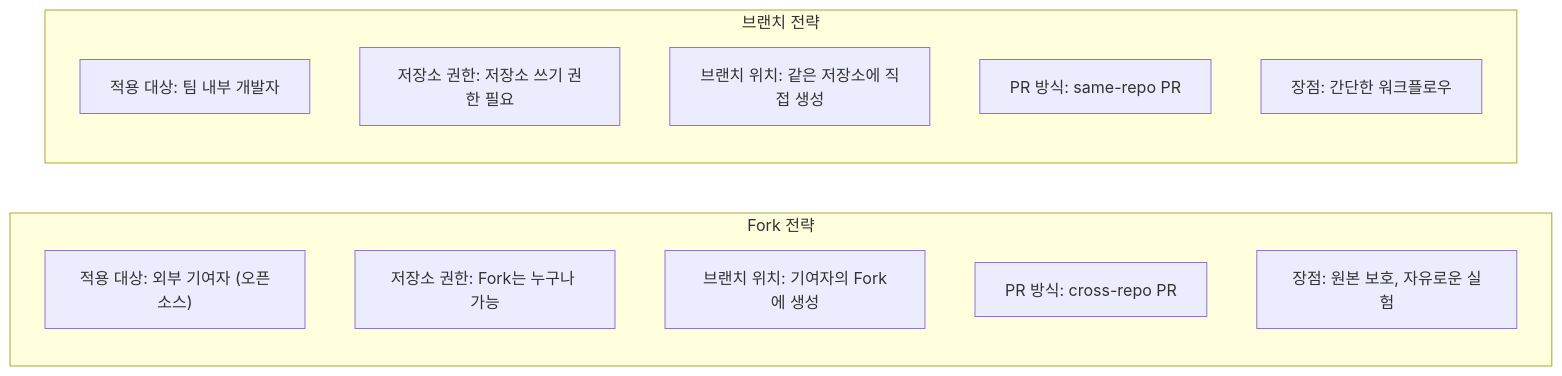
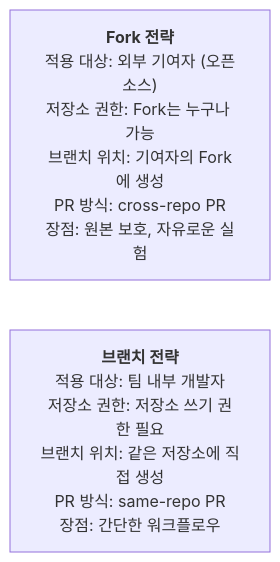
Before and after one commit to jingu279/Document: the second of 2 diagrams in 06_GitHub/04_Fork_and_Contribute.md, drawn with Mermaid. The commit also changed other lines of this file and 16 other files, not shown here.

Commit message:
Fix all Mermaid rendering issues (subgraph-to-subgraph, unconnected nodes, reserved names, dashes)

````diff
--- a/06_GitHub/04_Fork_and_Contribute.md
+++ b/06_GitHub/04_Fork_and_Contribute.md
@@ -125,17 +125,5 @@
 ```mermaid
 flowchart LR
-  subgraph Fork["Fork 전략"]
-    F1["적용 대상: 외부 기여자 (오픈소스)"]
-    F2["저장소 권한: Fork는 누구나 가능"]
-    F3["브랜치 위치: 기여자의 Fork에 생성"]
-    F4["PR 방식: cross-repo PR"]
-    F5["장점: 원본 보호, 자유로운 실험"]
-  end
-  subgraph Branch["브랜치 전략"]
-    B1["적용 대상: 팀 내부 개발자"]
-    B2["저장소 권한: 저장소 쓰기 권한 필요"]
-    B3["브랜치 위치: 같은 저장소에 직접 생성"]
-    B4["PR 방식: same-repo PR"]
-    B5["장점: 간단한 워크플로우"]
-  end
+  Fork["<b>Fork 전략</b><br/>적용 대상: 외부 기여자 (오픈소스)<br/>저장소 권한: Fork는 누구나 가능<br/>브랜치 위치: 기여자의 Fork에 생성<br/>PR 방식: cross-repo PR<br/>장점: 원본 보호, 자유로운 실험"]
+  Branch["<b>브랜치 전략</b><br/>적용 대상: 팀 내부 개발자<br/>저장소 권한: 저장소 쓰기 권한 필요<br/>브랜치 위치: 같은 저장소에 직접 생성<br/>PR 방식: same-repo PR<br/>장점: 간단한 워크플로우"]
 ```
````
